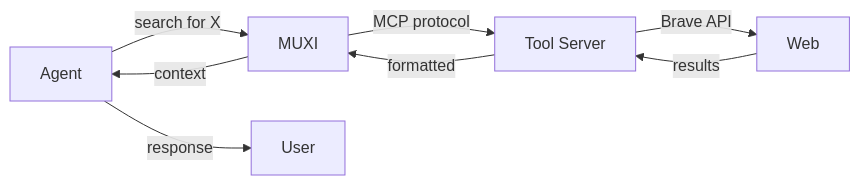
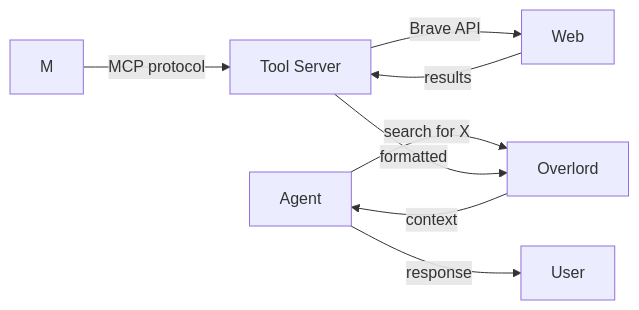
One commit to muxi-ai/muxi changed the diagram in docs/concepts/tools.md. Above: the diagram before and after it, drawn with Mermaid. The commit also changed other lines of this file and 11 other files, not shown here.

````diff
--- a/docs/concepts/tools.md
+++ b/docs/concepts/tools.md
@@ -14,10 +14,10 @@
 ```mermaid
 graph LR
-    A[Agent] -->|"search for X"| M[MUXI]
+    A[Agent] -->|"search for X"| O[Overlord]
     M -->|MCP protocol| T[Tool Server]
     T -->|Brave API| W[Web]
     W -->|results| T
-    T -->|formatted| M
-    M -->|context| A
+    T -->|formatted| O
+    O -->|context| A
     A -->|response| U[User]
 ```
````
